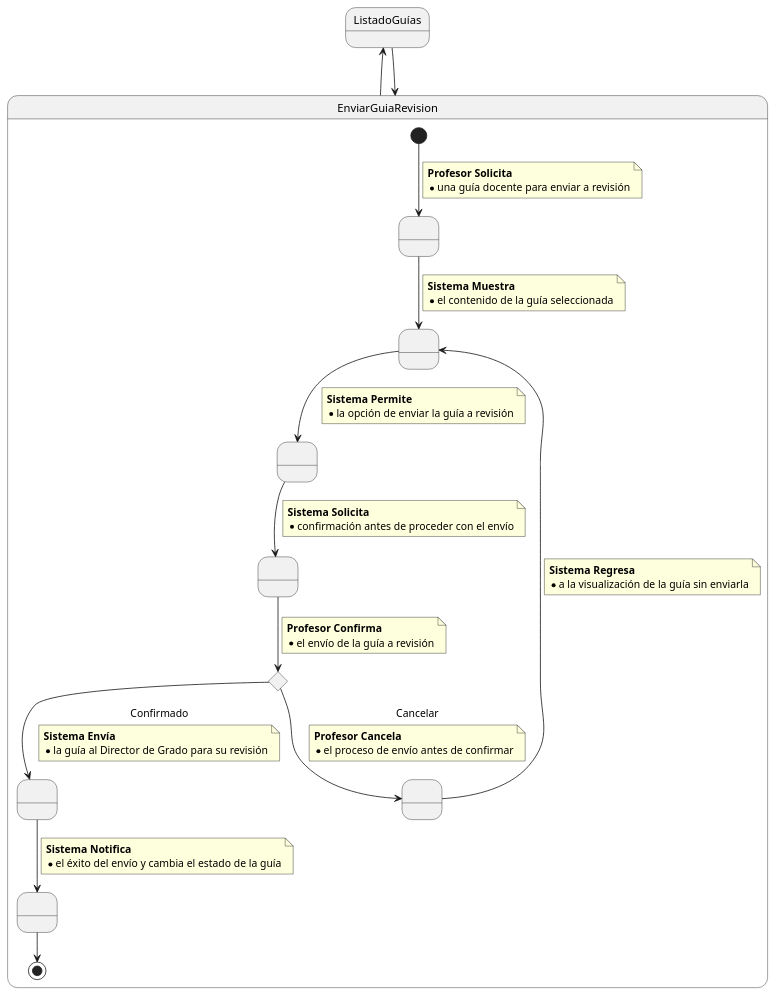
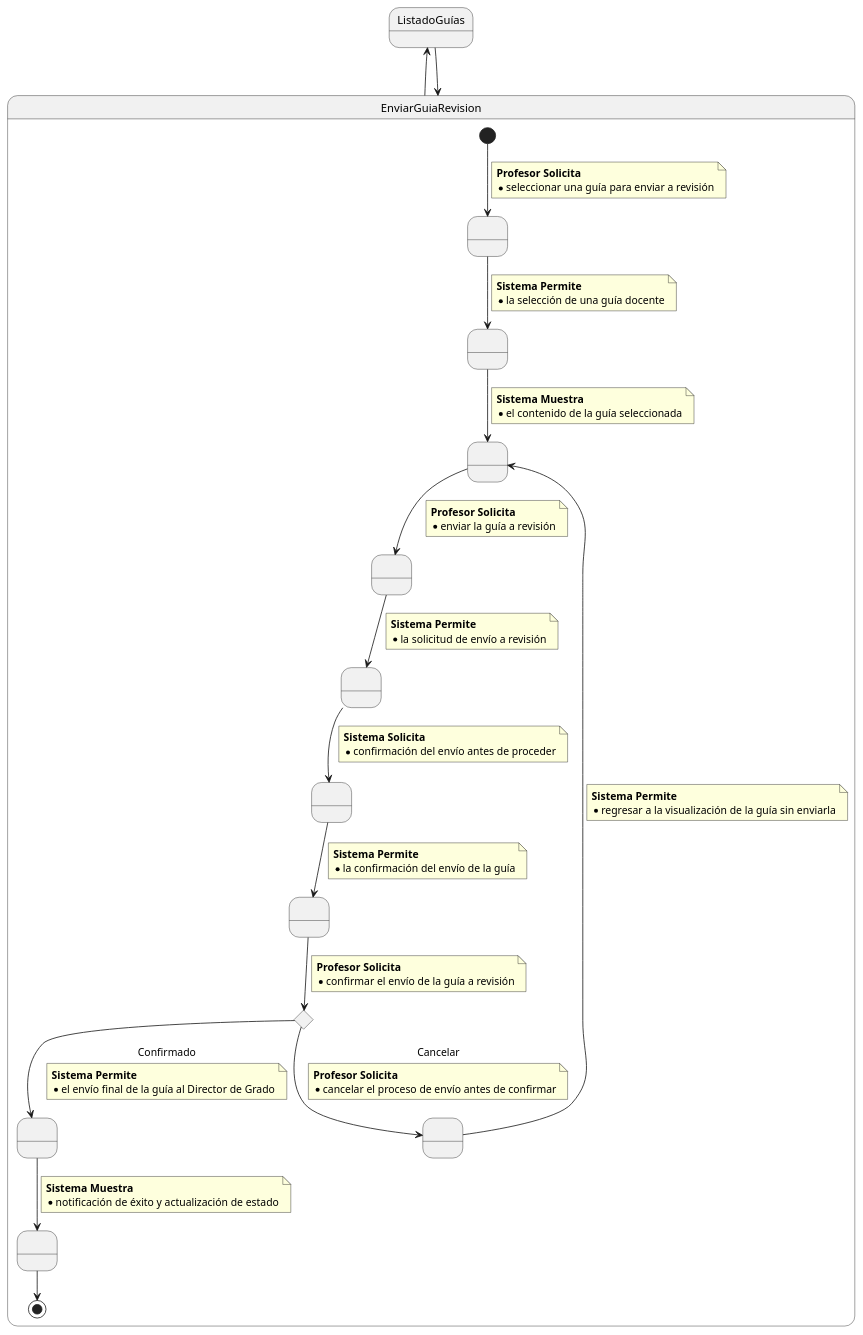
Before and after one commit to mmasias/24-25-IdSw1-SDR: the diagram in CasosDeUso/Actividades/Detallados/EnviarGuiaDocenteParaRevisionGD.puml, drawn with PlantUML. The commit also changed 4 other files, not shown here.

```diff
--- a/CasosDeUso/Actividades/Detallados/EnviarGuiaDocenteParaRevisionGD.puml
+++ b/CasosDeUso/Actividades/Detallados/EnviarGuiaDocenteParaRevisionGD.puml
@@ -1,72 +1,93 @@
 @startuml
 ListadoGuías -up-> EnviarGuiaRevision
 
 state EnviarGuiaRevision {
-    state SolicitaGuía as " "
+    state SolicitarGuía as " "
+    state PermitirSelección as " "
     state MostrarGuía as " "
+    state SolicitarEnvío as " "
     state PermitirEnvío as " "
     state SolicitarConfirmación as " "
+    state PermitirConfirmación as " "
     state ValidarConfirmación <<choice>>
-    state EnviarGuía as " "
+    state PermitirEnvíoFinal as " "
     state MostrarNotificación as " "
     state PermitirCancelación as " "
 
-    [*] --> SolicitaGuía
+    [*] --> SolicitarGuía
     note on link
     <b>Profesor Solicita</b>
-    * una guía docente para enviar a revisión
+    * seleccionar una guía para enviar a revisión
     end note
 
-    SolicitaGuía --> MostrarGuía
+    SolicitarGuía --> PermitirSelección
+    note on link
+    <b>Sistema Permite</b>
+    * la selección de una guía docente
+    end note
+
+    PermitirSelección --> MostrarGuía
     note on link
     <b>Sistema Muestra</b>
     * el contenido de la guía seleccionada
     end note
 
-    MostrarGuía --> PermitirEnvío
+    MostrarGuía --> SolicitarEnvío
+    note on link
+    <b>Profesor Solicita</b>
+    * enviar la guía a revisión
+    end note
+
+    SolicitarEnvío --> PermitirEnvío
     note on link
     <b>Sistema Permite</b>
-    * la opción de enviar la guía a revisión
+    * la solicitud de envío a revisión
     end note
 
     PermitirEnvío --> SolicitarConfirmación
     note on link
     <b>Sistema Solicita</b>
-    * confirmación antes de proceder con el envío
+    * confirmación del envío antes de proceder
     end note
 
-    SolicitarConfirmación --> ValidarConfirmación
+    SolicitarConfirmación --> PermitirConfirmación
     note on link
-    <b>Profesor Confirma</b>
-    * el envío de la guía a revisión
+    <b>Sistema Permite</b>
+    * la confirmación del envío de la guía
     end note
 
-    ValidarConfirmación --> EnviarGuía : Confirmado
+    PermitirConfirmación --> ValidarConfirmación
     note on link
-    <b>Sistema Envía</b>
-    * la guía al Director de Grado para su revisión
+    <b>Profesor Solicita</b>
+    * confirmar el envío de la guía a revisión
     end note
 
-    EnviarGuía --> MostrarNotificación
+    ValidarConfirmación --> PermitirEnvíoFinal : Confirmado
     note on link
-    <b>Sistema Notifica</b>
-    * el éxito del envío y cambia el estado de la guía
+    <b>Sistema Permite</b>
+    * el envío final de la guía al Director de Grado
+    end note
+
+    PermitirEnvíoFinal --> MostrarNotificación
+    note on link
+    <b>Sistema Muestra</b>
+    * notificación de éxito y actualización de estado
     end note
 
     MostrarNotificación --> [*]
 
     ValidarConfirmación --> PermitirCancelación : Cancelar
     note on link
-    <b>Profesor Cancela</b>
-    * el proceso de envío antes de confirmar
+    <b>Profesor Solicita</b>
+    * cancelar el proceso de envío antes de confirmar
     end note
 
     PermitirCancelación --> MostrarGuía
     note on link
-    <b>Sistema Regresa</b>
-    * a la visualización de la guía sin enviarla
+    <b>Sistema Permite</b>
+    * regresar a la visualización de la guía sin enviarla
     end note
 }
 
 EnviarGuiaRevision -up-> ListadoGuías
 @enduml
```
